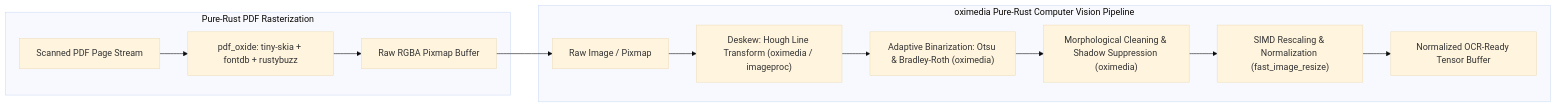
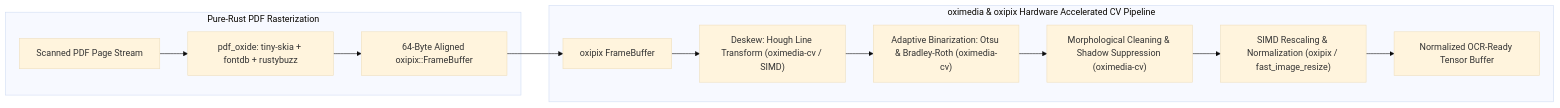
One commit to yasuomaidana/docula changed the diagram in docs/04_RASTERIZATION_AND_PREPROCESSING.md. Above: the diagram before and after it, drawn with Mermaid (base theme). The commit also changed other lines of this file and 6 other files, not shown here.

````diff
--- a/docs/04_RASTERIZATION_AND_PREPROCESSING.md
+++ b/docs/04_RASTERIZATION_AND_PREPROCESSING.md
@@ -12,17 +12,17 @@
 ```mermaid
 flowchart LR
     subgraph Rasterization["Pure-Rust PDF Rasterization"]
         PDFPage[Scanned PDF Page Stream] --> PdfOxide[pdf_oxide: tiny-skia + fontdb + rustybuzz]
-        PdfOxide --> Pixmap[Raw RGBA Pixmap Buffer]
+        PdfOxide --> Pixmap[64-Byte Aligned oxipix::FrameBuffer]
     end
 
-    subgraph Preprocessing["oximedia Pure-Rust Computer Vision Pipeline"]
-        RawImg[Raw Image / Pixmap] --> Deskew["Deskew: Hough Line Transform (oximedia / imageproc)"]
-        Deskew --> Binarize["Adaptive Binarization: Otsu & Bradley-Roth (oximedia)"]
-        Binarize --> Morph["Morphological Cleaning & Shadow Suppression (oximedia)"]
-        Morph --> Resample["SIMD Rescaling & Normalization (fast_image_resize)"]
+    subgraph Preprocessing["oximedia & oxipix Hardware Accelerated CV Pipeline"]
+        RawImg[oxipix FrameBuffer] --> Deskew["Deskew: Hough Line Transform (oximedia-cv / SIMD)"]
+        Deskew --> Binarize["Adaptive Binarization: Otsu & Bradley-Roth (oximedia-cv)"]
+        Binarize --> Morph["Morphological Cleaning & Shadow Suppression (oximedia-cv)"]
+        Morph --> Resample["SIMD Rescaling & Normalization (oxipix / fast_image_resize)"]
         Resample --> ModelTensor["Normalized OCR-Ready Tensor Buffer"]
     end
 
     Pixmap --> RawImg
 ```
````
